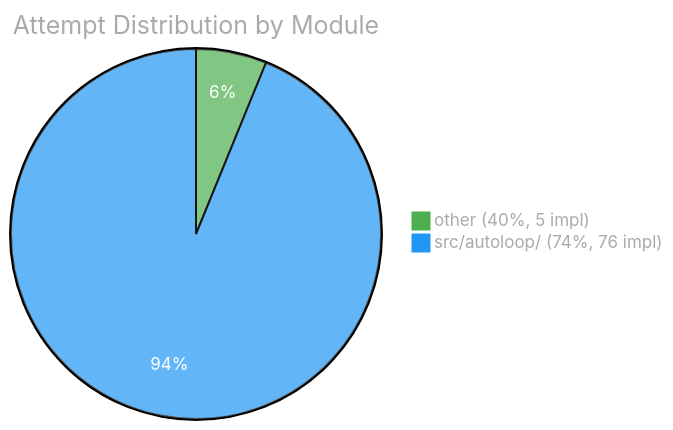
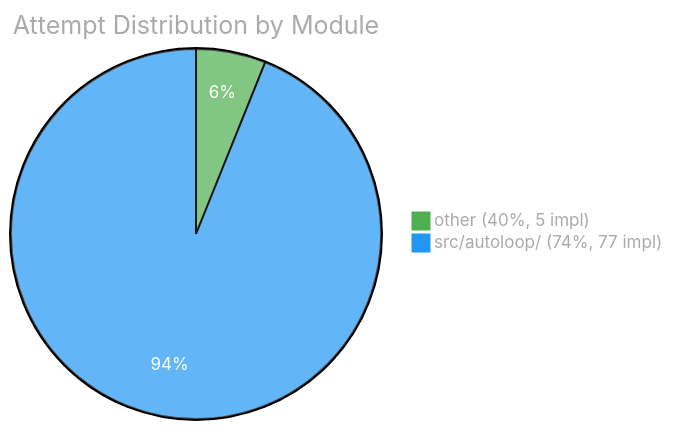
One commit to Sanctum-Origo-Systems/autoloop changed the third of 3 diagrams in EVAL.md. Above: the diagram before and after it, drawn with Mermaid. The commit also changed other lines of this file and 11 other files, not shown here.

````diff
--- a/EVAL.md
+++ b/EVAL.md
@@ -52,6 +52,6 @@
 ```mermaid
 %%{init: {'theme': 'base', 'themeVariables': {'pie1': '#4CAF50', 'pie2': '#2196F3', 'pie3': '#FF9800', 'pie4': '#E91E63', 'pie5': '#9C27B0', 'pie6': '#00BCD4', 'pieTitleTextColor': '#aaa', 'pieLegendTextColor': '#aaa', 'pieSectionTextColor': '#fff'}}}%%
 pie title Attempt Distribution by Module
     "other (40%, 5 impl)" : 5
-    "src/autoloop/ (74%, 76 impl)" : 76
+    "src/autoloop/ (74%, 77 impl)" : 77
 ```
````
